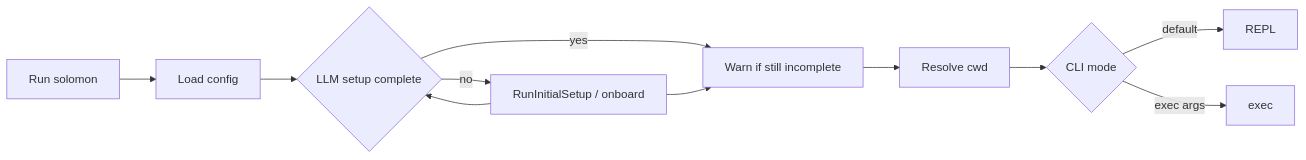
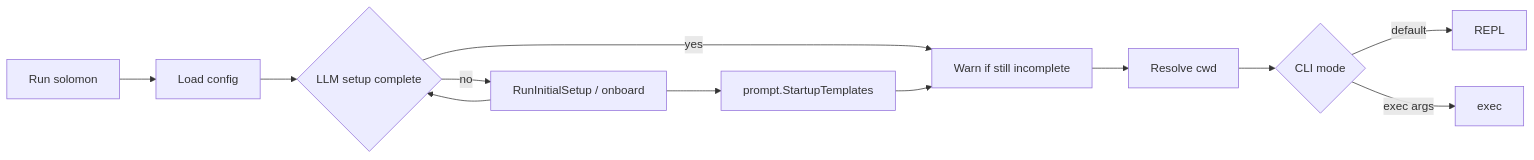
One commit to SAPPHIR3-ROS3/Solomon changed the diagram in docs/architecture/startup-and-cli.md. Above: the diagram before and after it, drawn with Mermaid. The commit also changed other lines of this file and 54 other files, not shown here.

````diff
--- a/docs/architecture/startup-and-cli.md
+++ b/docs/architecture/startup-and-cli.md
@@ -42,19 +44,20 @@
 ```mermaid
 flowchart LR
   start[Run solomon]
   load[Load config]
   ok{LLM setup complete}
   setup[RunInitialSetup / onboard]
+  tpl[prompt.StartupTemplates]
   warn[Warn if still incomplete]
   proj[Resolve cwd]
   mode{CLI mode}
   repl[REPL]
   execOnce[exec]
   start --> load --> ok
   ok -->|no| setup --> ok
   ok -->|yes| warn
-  setup --> warn
+  setup --> tpl --> warn
   warn --> proj --> mode
   mode -->|default| repl
   mode -->|exec args| execOnce
 ```
````
